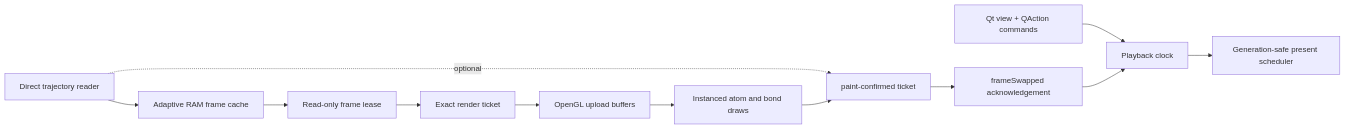
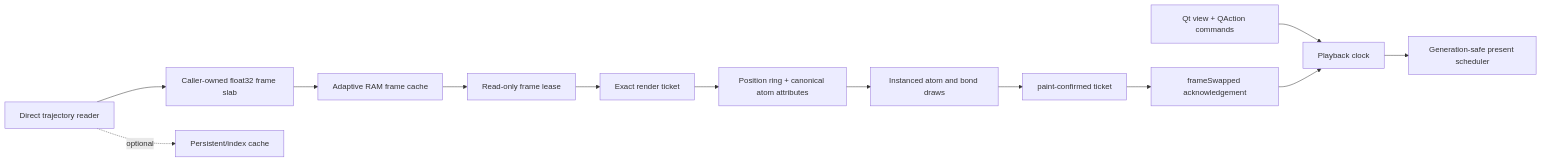
Before and after one commit to luosj1212/TrajPlayer: the diagram in README.md, drawn with Mermaid. The commit also changed other lines of this file and 40 other files, not shown here.

````diff
--- a/README.md
+++ b/README.md
@@ -221,14 +224,15 @@
 ```mermaid
 flowchart LR
     UI["Qt view + QAction commands"] --> P["Playback clock"]
     P --> Q["Generation-safe present scheduler"]
-    D["Direct trajectory reader"] --> S["Adaptive RAM frame cache"]
-    D -. optional .-> C["Persistent/index cache"]
-    S --> L["Read-only frame lease"]
+    D["Direct trajectory reader"] --> S["Caller-owned float32 frame slab"]
+    S --> M["Adaptive RAM frame cache"]
+    D -. optional .-> K["Persistent/index cache"]
+    M --> L["Read-only frame lease"]
     L --> T["Exact render ticket"]
-    T --> G["OpenGL upload buffers"]
+    T --> G["Position ring + canonical atom attributes"]
     G --> R["Instanced atom and bond draws"]
-    R --> C["paint-confirmed ticket"]
-    C --> A["frameSwapped acknowledgement"]
+    R --> V["paint-confirmed ticket"]
+    V --> A["frameSwapped acknowledgement"]
     A --> P
 ```
````
